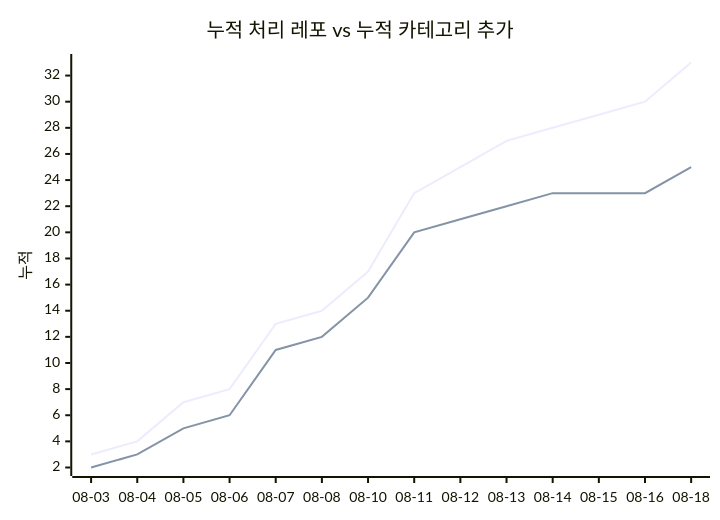
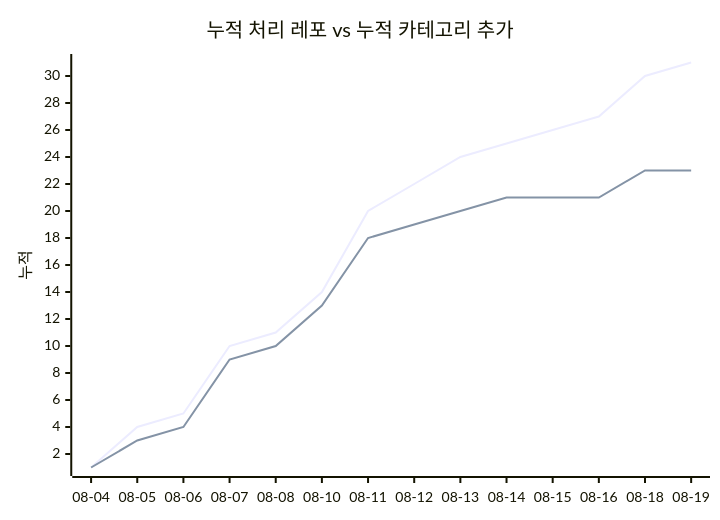
The second of 2 diagrams in docs/trends.md (J-nowcow/awesome-korean-agent-skills), drawn with Mermaid before and after one commit. The commit also changed other lines of this file and 2 other files, not shown here.

````diff
--- a/docs/trends.md
+++ b/docs/trends.md
@@ -68,8 +68,8 @@
 ```mermaid
 xychart-beta
     title "누적 처리 레포 vs 누적 카테고리 추가"
-    x-axis ["08-03","08-04","08-05","08-06","08-07","08-08","08-10","08-11","08-12","08-13","08-14","08-15","08-16","08-18"]
+    x-axis ["08-04","08-05","08-06","08-07","08-08","08-10","08-11","08-12","08-13","08-14","08-15","08-16","08-18","08-19"]
     y-axis "누적"
-    line [3,4,7,8,13,14,17,23,25,27,28,29,30,33]
-    line [2,3,5,6,11,12,15,20,21,22,23,23,23,25]
+    line [1,4,5,10,11,14,20,22,24,25,26,27,30,31]
+    line [1,3,4,9,10,13,18,19,20,21,21,21,23,23]
 ```
````
